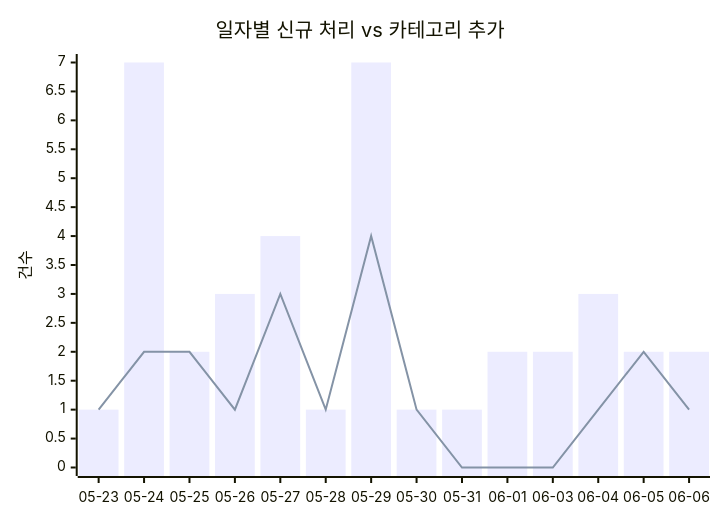
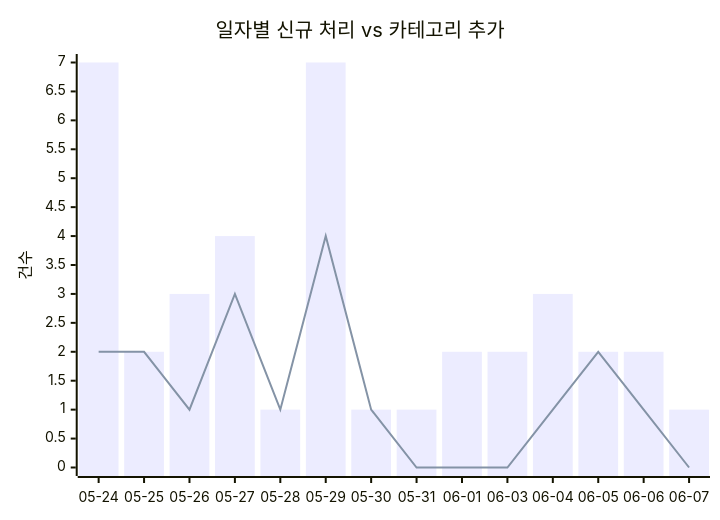
The first of 2 diagrams in docs/trends.md (J-nowcow/awesome-korean-agent-skills), drawn with Mermaid before and after one commit. The commit also changed other lines of this file and 2 other files, not shown here.

````diff
--- a/docs/trends.md
+++ b/docs/trends.md
@@ -32,8 +32,8 @@
 ```mermaid
 xychart-beta
     title "일자별 신규 처리 vs 카테고리 추가"
-    x-axis ["05-23","05-24","05-25","05-26","05-27","05-28","05-29","05-30","05-31","06-01","06-03","06-04","06-05","06-06"]
+    x-axis ["05-24","05-25","05-26","05-27","05-28","05-29","05-30","05-31","06-01","06-03","06-04","06-05","06-06","06-07"]
     y-axis "건수"
-    bar [1,7,2,3,4,1,7,1,1,2,2,3,2,2]
-    line [1,2,2,1,3,1,4,1,0,0,0,1,2,1]
+    bar [7,2,3,4,1,7,1,1,2,2,3,2,2,1]
+    line [2,2,1,3,1,4,1,0,0,0,1,2,1,0]
 ```
````
